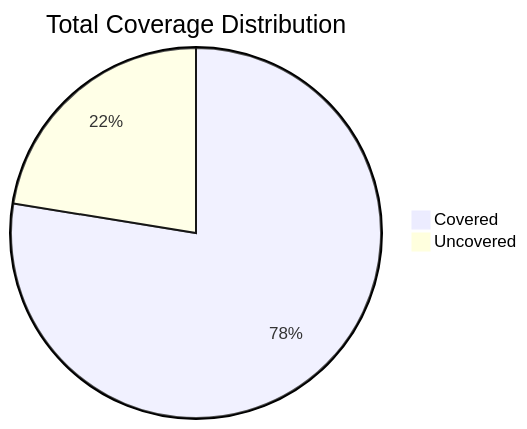
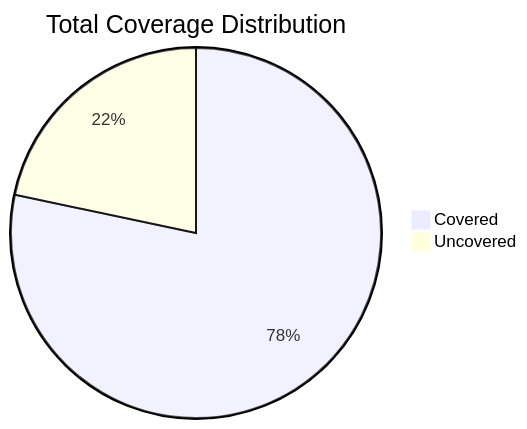
One commit to nurdwerks/jules-gemini3-chess-engine changed the second of 2 diagrams in COVERAGE_REPORT.md. Above: the diagram before and after it, drawn with Mermaid. The commit also changed other lines of this file and 6 other files, not shown here.

````diff
--- a/COVERAGE_REPORT.md
+++ b/COVERAGE_REPORT.md
@@ -244,5 +179,5 @@
 ```mermaid
 pie title Total Coverage Distribution
-    "Covered" : 77.55
-    "Uncovered" : 22.45
+    "Covered" : 78.32
+    "Uncovered" : 21.68
 ```
````
